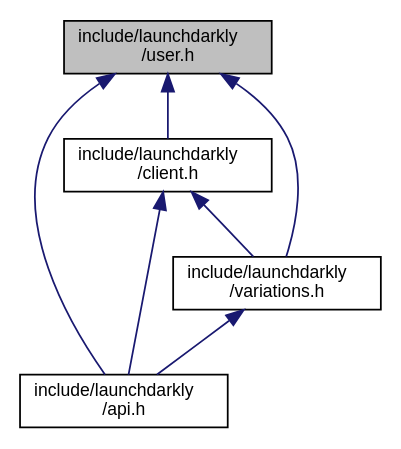
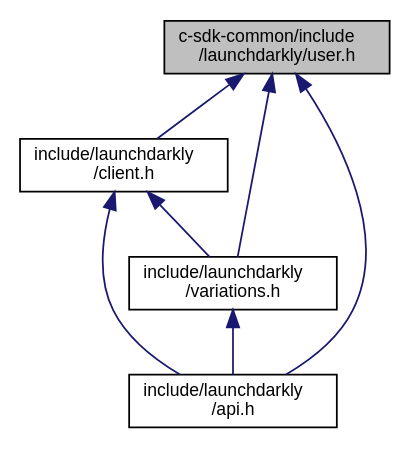
One commit to launchdarkly/c-server-sdk changed the diagram in user_8h__dep__incl.dot. Above: the diagram before and after it, drawn with Graphviz. The commit also changed 56 other files, not shown here.

```diff
--- a/user_8h__dep__incl.dot
+++ b/user_8h__dep__incl.dot
@@ -1,15 +1,15 @@
-digraph "include/launchdarkly/user.h"
+digraph "c-sdk-common/include/launchdarkly/user.h"
 {
   edge [fontname="Helvetica",fontsize="10",labelfontname="Helvetica",labelfontsize="10"];
   node [fontname="Helvetica",fontsize="10",shape=record];
-  Node4 [label="include/launchdarkly\l/user.h",height=0.2,width=0.4,color="black", fillcolor="grey75", style="filled", fontcolor="black"];
+  Node4 [label="c-sdk-common/include\l/launchdarkly/user.h",height=0.2,width=0.4,color="black", fillcolor="grey75", style="filled", fontcolor="black"];
   Node4 -> Node5 [dir="back",color="midnightblue",fontsize="10",style="solid",fontname="Helvetica"];
-  Node5 [label="include/launchdarkly\l/api.h",height=0.2,width=0.4,color="black", fillcolor="white", style="filled",URL="$api_8h.html",tooltip="Public API. Include this for every public operation. "];
+  Node5 [label="include/launchdarkly\l/client.h",height=0.2,width=0.4,color="black", fillcolor="white", style="filled",URL="$client_8h.html",tooltip="Public API Interface for Client operations. "];
+  Node5 -> Node6 [dir="back",color="midnightblue",fontsize="10",style="solid",fontname="Helvetica"];
+  Node6 [label="include/launchdarkly\l/api.h",height=0.2,width=0.4,color="black", fillcolor="white", style="filled",URL="$api_8h.html",tooltip="Public API. Include this for every public operation. "];
+  Node5 -> Node7 [dir="back",color="midnightblue",fontsize="10",style="solid",fontname="Helvetica"];
+  Node7 [label="include/launchdarkly\l/variations.h",height=0.2,width=0.4,color="black", fillcolor="white", style="filled",URL="$variations_8h.html",tooltip="Public API Interface for evaluation variations. "];
+  Node7 -> Node6 [dir="back",color="midnightblue",fontsize="10",style="solid",fontname="Helvetica"];
   Node4 -> Node6 [dir="back",color="midnightblue",fontsize="10",style="solid",fontname="Helvetica"];
-  Node6 [label="include/launchdarkly\l/client.h",height=0.2,width=0.4,color="black", fillcolor="white", style="filled",URL="$client_8h.html",tooltip="Public API Interface for Client operations. "];
-  Node6 -> Node5 [dir="back",color="midnightblue",fontsize="10",style="solid",fontname="Helvetica"];
-  Node6 -> Node7 [dir="back",color="midnightblue",fontsize="10",style="solid",fontname="Helvetica"];
-  Node7 [label="include/launchdarkly\l/variations.h",height=0.2,width=0.4,color="black", fillcolor="white", style="filled",URL="$variations_8h.html",tooltip="Public API Interface for evaluation variations. "];
-  Node7 -> Node5 [dir="back",color="midnightblue",fontsize="10",style="solid",fontname="Helvetica"];
   Node4 -> Node7 [dir="back",color="midnightblue",fontsize="10",style="solid",fontname="Helvetica"];
 }
```
